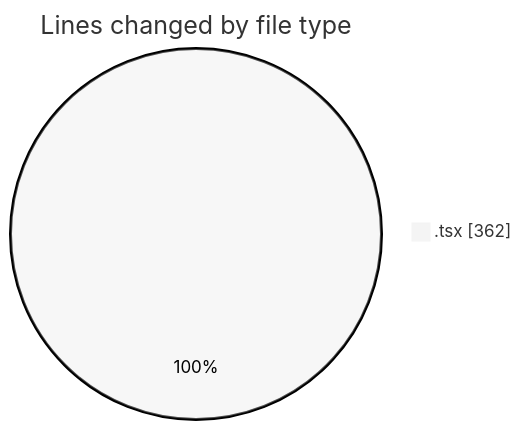
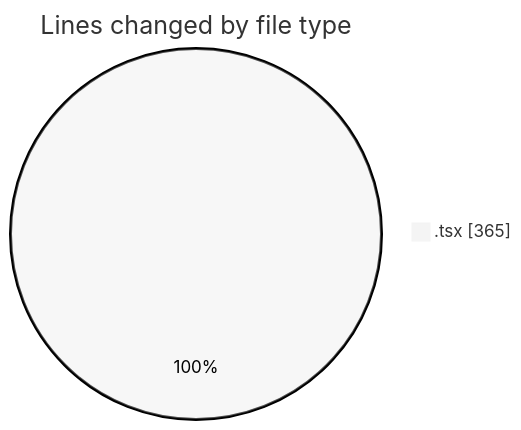
One commit to donsfak/code-tracking changed the first of 2 diagrams in 2025-03-10/portofolio/README.md. Above: the diagram before and after it, drawn with Mermaid (neutral theme). The commit also changed other lines of this file and 1 other file, not shown here.

````diff
--- a/2025-03-10/portofolio/README.md
+++ b/2025-03-10/portofolio/README.md
@@ -20,5 +20,5 @@
 ```mermaid
 pie showData
 title Lines changed by file type
-".tsx" : 362
+".tsx" : 365
 ```
````
